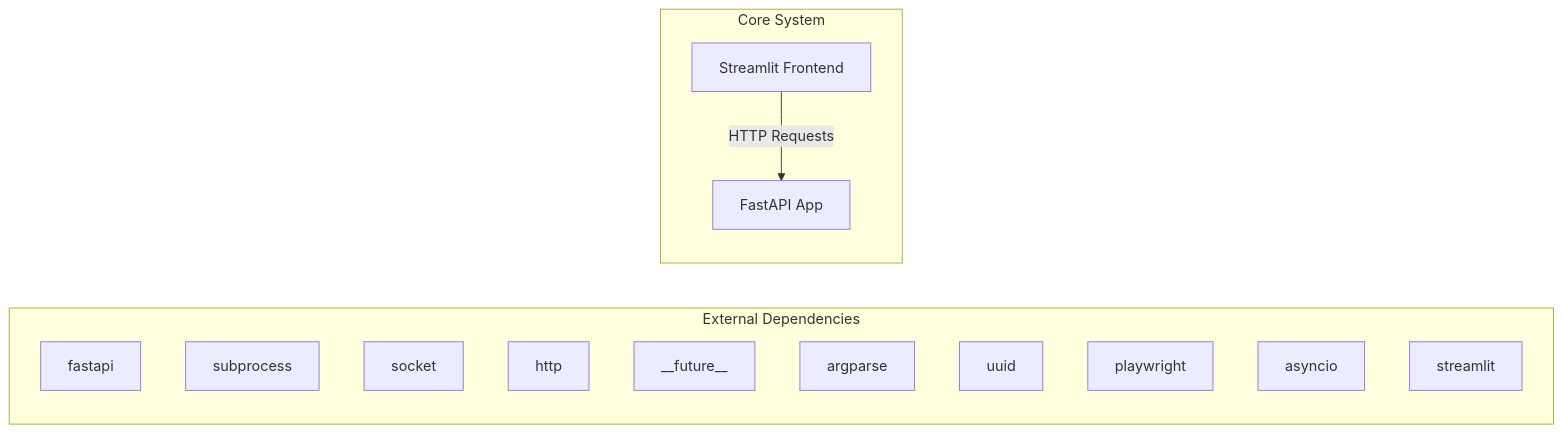
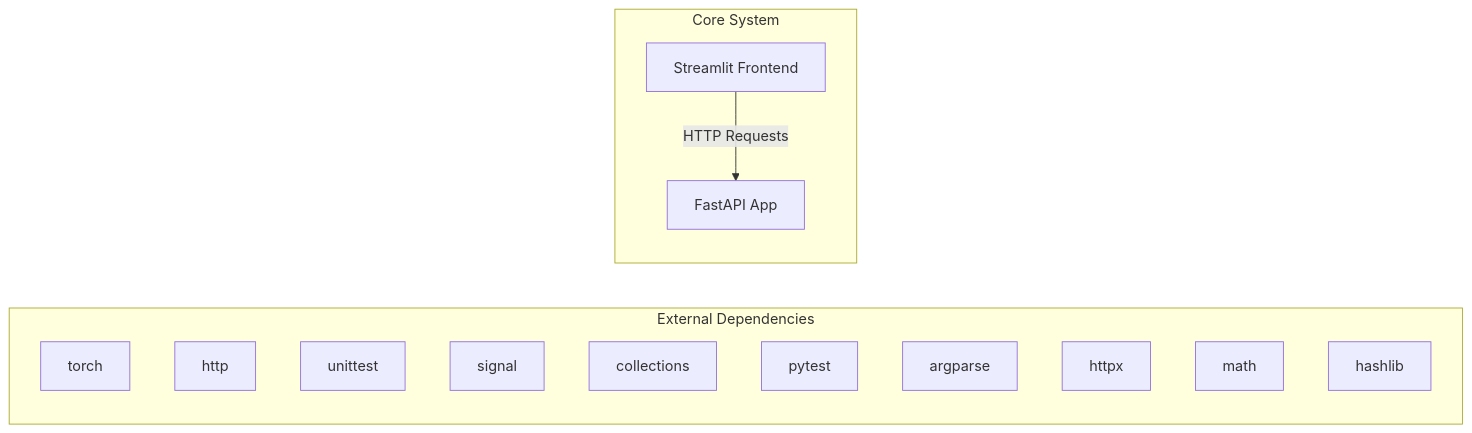
One commit to NITISH-R-G/rag-context-optimizer changed the first of 2 diagrams in docs/architecture.md. Above: the diagram before and after it, drawn with Mermaid. The commit also changed 1 other file, not shown here.

Commit message:
docs: auto-update repository knowledge, architecture diagrams, and documentation

````diff
--- a/docs/architecture.md
+++ b/docs/architecture.md
@@ -7,20 +7,20 @@
 ```mermaid
 graph LR
     subgraph External Dependencies
-        E0["fastapi"]
-        E1["subprocess"]
-        E2["socket"]
-        E3["http"]
-        E4["__future__"]
-        E5["argparse"]
-        E6["uuid"]
-        E7["playwright"]
-        E8["asyncio"]
-        E9["streamlit"]
+        E0["torch"]
+        E1["http"]
+        E2["unittest"]
+        E3["signal"]
+        E4["collections"]
+        E5["pytest"]
+        E6["argparse"]
+        E7["httpx"]
+        E8["math"]
+        E9["hashlib"]
     end
     subgraph Core System
         API["FastAPI App"]
         UI["Streamlit Frontend"]
     end
     UI -->|HTTP Requests| API
 ```
````
